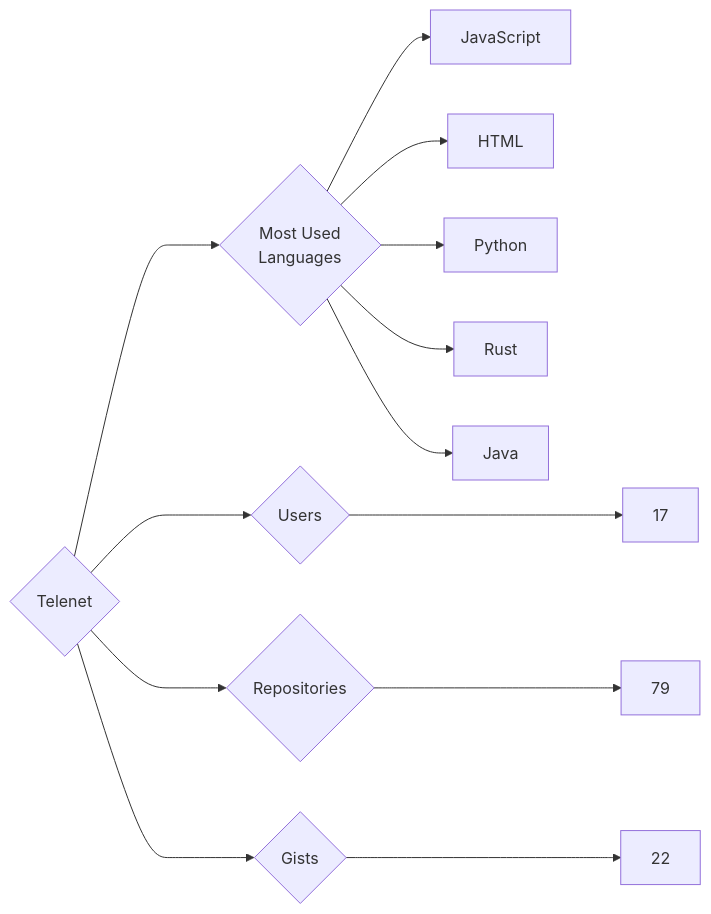
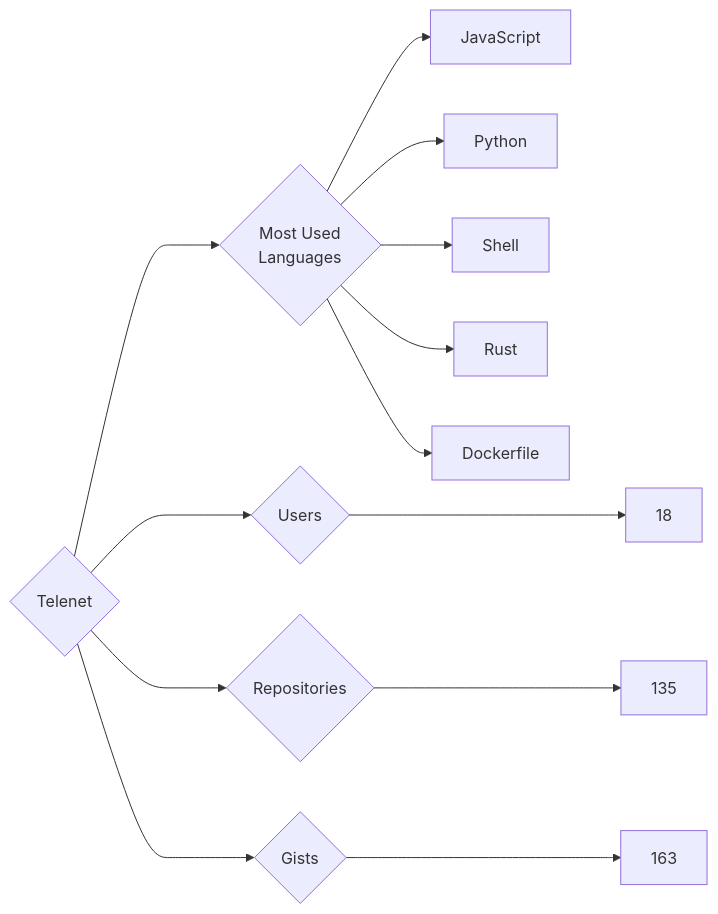
One commit to trickest/insiders changed the diagram in targets/Telenet/README.md. Above: the diagram before and after it, drawn with Mermaid. The commit also changed 965 other files, not shown here.

````diff
--- a/targets/Telenet/README.md
+++ b/targets/Telenet/README.md
@@ -3,13 +3,13 @@
 ```mermaid
 graph LR
 COMPANY_NAME{Telenet}
-COMPANY_NAME ---> U{Users} ---> UN[17]
-COMPANY_NAME ---> R{Repositories} ---> RN[79]
-COMPANY_NAME ---> G{Gists} ---> GN[22]
+COMPANY_NAME ---> U{Users} ---> UN[18]
+COMPANY_NAME ---> R{Repositories} ---> RN[135]
+COMPANY_NAME ---> G{Gists} ---> GN[163]
 COMPANY_NAME ---> ML{Most Used<br>Languages}
 ML --> JavaScript[JavaScript]
-ML --> HTML[HTML]
 ML --> Python[Python]
+ML --> Shell[Shell]
 ML --> Rust[Rust]
-ML --> Java[Java]
+ML --> Dockerfile[Dockerfile]
 ```
````
